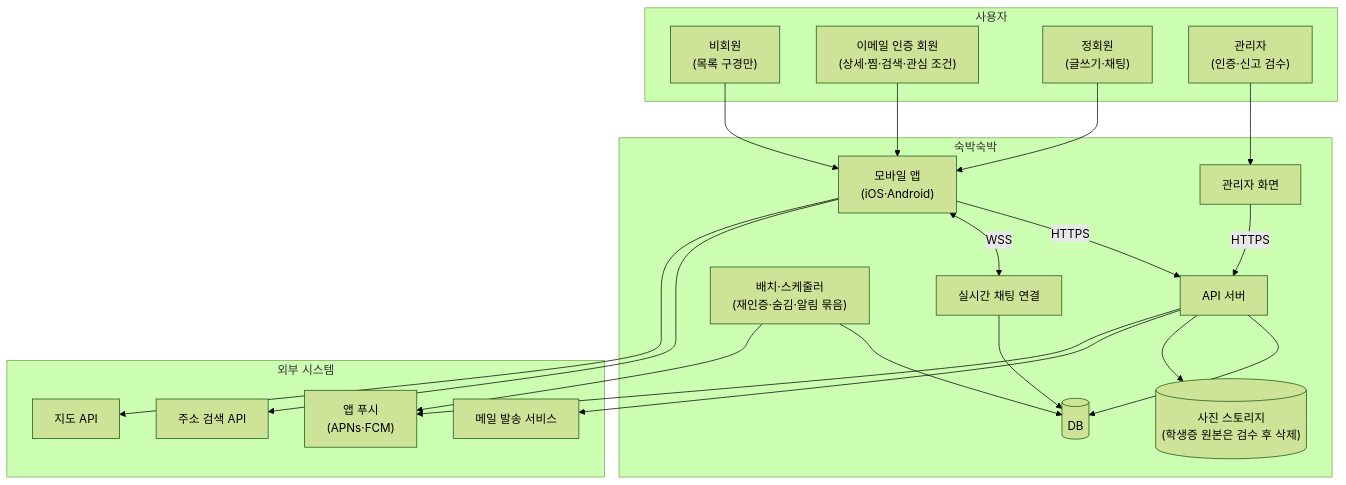
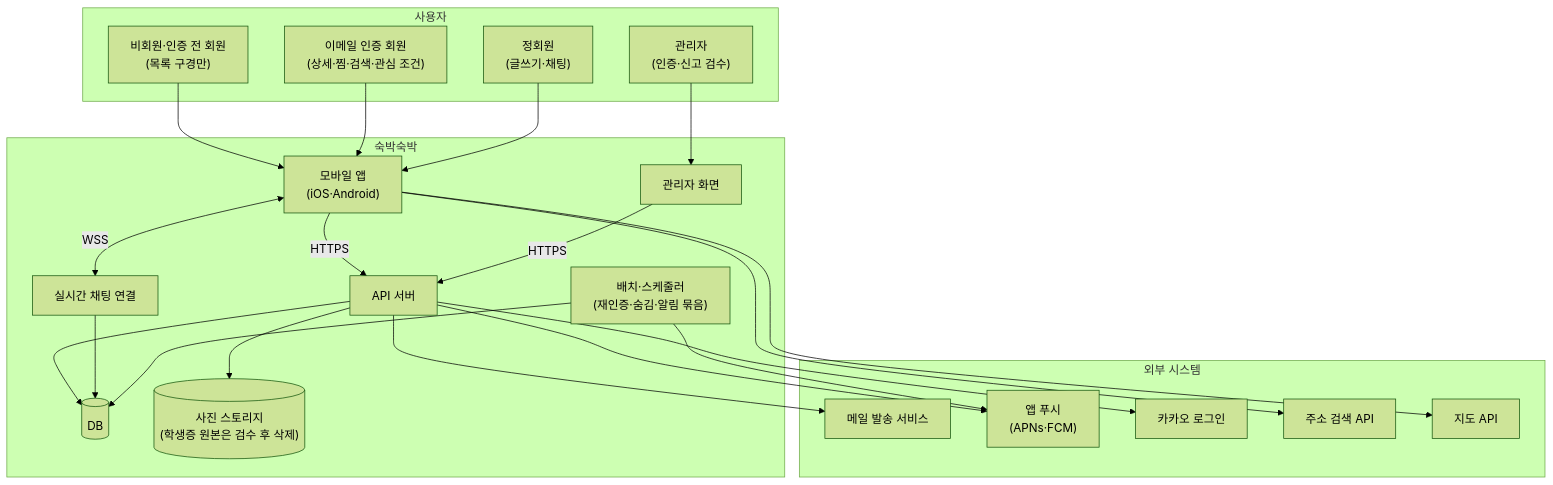
Before and after one commit to yuna14742/sookbak-sookbak: the first of 3 diagrams in waterfall/01-요구사항분석/요구사항명세서-SRS.md, drawn with Mermaid (forest theme). The commit also changed other lines of this file and 4 other files, not shown here.

First line of the commit message:
문서: 카카오 로그인(인증 2단계 유지)과 숙대 근처 아닌 곳 동네 이름만 표시 반영

````diff
--- a/waterfall/01-요구사항분석/요구사항명세서-SRS.md
+++ b/waterfall/01-요구사항분석/요구사항명세서-SRS.md
@@ -130,43 +130,45 @@
 ```mermaid
 graph TB
     subgraph "사용자"
-        GUEST["비회원<br/>(목록 구경만)"]
+        GUEST["비회원·인증 전 회원<br/>(목록 구경만)"]
         EMAIL["이메일 인증 회원<br/>(상세·찜·검색·관심 조건)"]
         MEMBER["정회원<br/>(글쓰기·채팅)"]
         ADMIN["관리자<br/>(인증·신고 검수)"]
     end
 
     subgraph "숙박숙박"
         APP["모바일 앱<br/>(iOS·Android)"]
         ADMINUI["관리자 화면"]
         API["API 서버"]
         RT["실시간 채팅 연결"]
         JOB["배치·스케줄러<br/>(재인증·숨김·알림 묶음)"]
         DB[("DB")]
         STORE[("사진 스토리지<br/>(학생증 원본은 검수 후 삭제)")]
     end
 
     subgraph "외부 시스템"
         MAIL["메일 발송 서비스"]
         PUSH["앱 푸시<br/>(APNs·FCM)"]
+        KAKAO["카카오 로그인"]
         ADDR["주소 검색 API"]
         MAP["지도 API"]
     end
 
     GUEST --> APP
     EMAIL --> APP
     MEMBER --> APP
     ADMIN --> ADMINUI
     APP -->|HTTPS| API
     APP <-->|WSS| RT
     ADMINUI -->|HTTPS| API
     API --> DB
     API --> STORE
     RT --> DB
     JOB --> DB
     API --> MAIL
     API --> PUSH
+    API --> KAKAO
     JOB --> PUSH
     APP --> ADDR
     APP --> MAP
 ```
````
